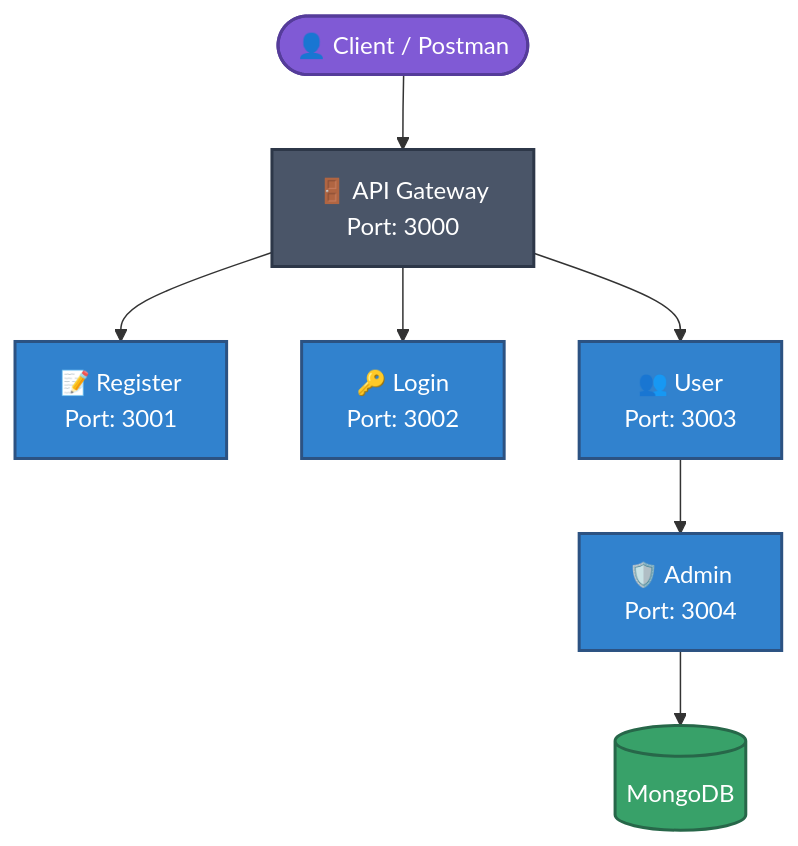
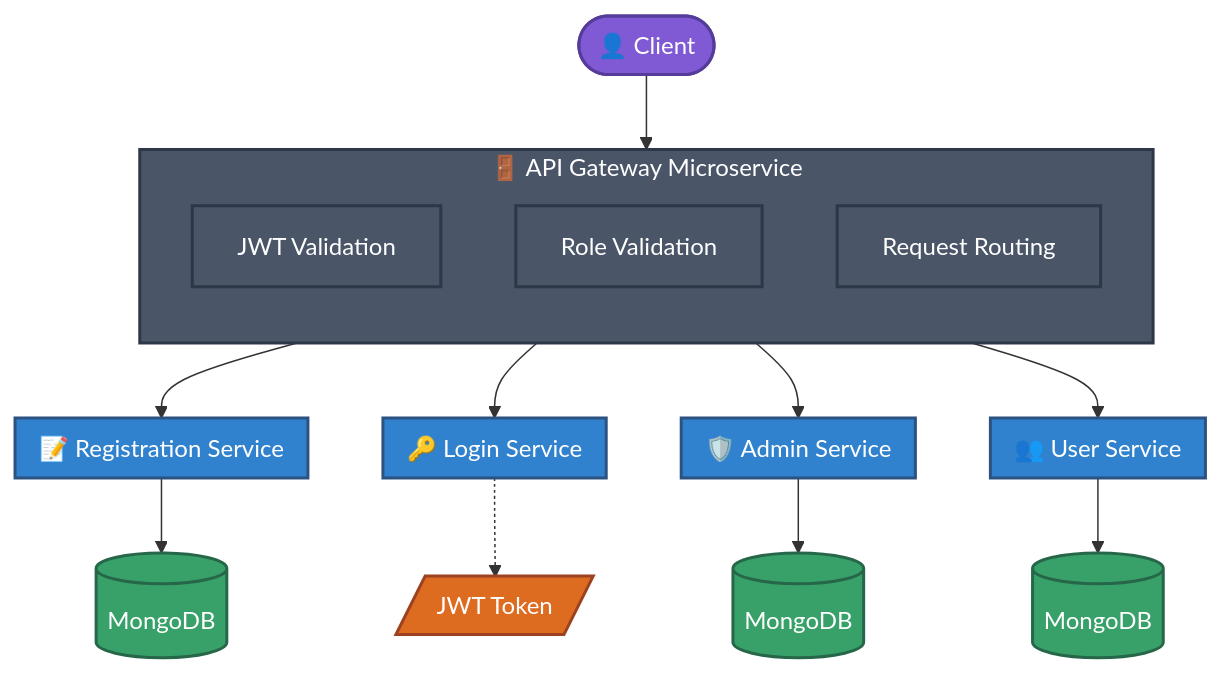
Before and after one commit to vongmeng3/Role_Based_User_Management_System_Microservices: the diagram in README.md, drawn with Mermaid.

````diff
--- a/README.md
+++ b/README.md
@@ -20,24 +20,49 @@
 ```mermaid
 flowchart TD
-    Client([👤 Client / Postman])
+    Client([👤 Client])
 
-    Client --> Gateway["🚪 API Gateway<br/>Port: 3000"]
+    Client --> Gateway
 
-    Gateway --> Register["📝 Register<br/>Port: 3001"]
-    Gateway --> Login["🔑 Login<br/>Port: 3002"]
-    Gateway --> User["👥 User<br/>Port: 3003"]
+    subgraph Gateway["🚪 API Gateway Microservice"]
+        direction TB
+        G1[JWT Validation]
+        G2[Role Validation]
+        G3[Request Routing]
+    end
 
-    User --> Admin["🛡️ Admin<br/>Port: 3004"]
+    Gateway --> Reg
+    Gateway --> Login
+    Gateway --> Admin
+    Gateway --> User
 
-    Admin --> DB[(MongoDB)]
+    subgraph Reg["📝 Registration Service"]
+    end
+    subgraph Login["🔑 Login Service"]
+    end
+    subgraph Admin["🛡️ Admin Service"]
+    end
+    subgraph User["👥 User Service"]
+    end
+
+    RegDB[(MongoDB)]
+    AdminDB[(MongoDB)]
+    UserDB[(MongoDB)]
+    JWT[/JWT Token/]
+
+    Reg --> RegDB
+    Login -.-> JWT
+    Admin --> AdminDB
+    User --> UserDB
 
     classDef gateway fill:#4A5568,stroke:#2D3748,color:#fff,stroke-width:2px
     classDef service fill:#3182CE,stroke:#2C5282,color:#fff,stroke-width:2px
     classDef db fill:#38A169,stroke:#276749,color:#fff,stroke-width:2px
+    classDef token fill:#DD6B20,stroke:#9C4221,color:#fff,stroke-width:2px
     classDef client fill:#805AD5,stroke:#553C9A,color:#fff,stroke-width:2px
 
     class Client client
-    class Gateway gateway
-    class Register,Login,User,Admin service
-    class DB db
+    class Gateway,G1,G2,G3 gateway
+    class Reg,Login,Admin,User service
+    class RegDB,AdminDB,UserDB db
+    class JWT token
 ```
````
